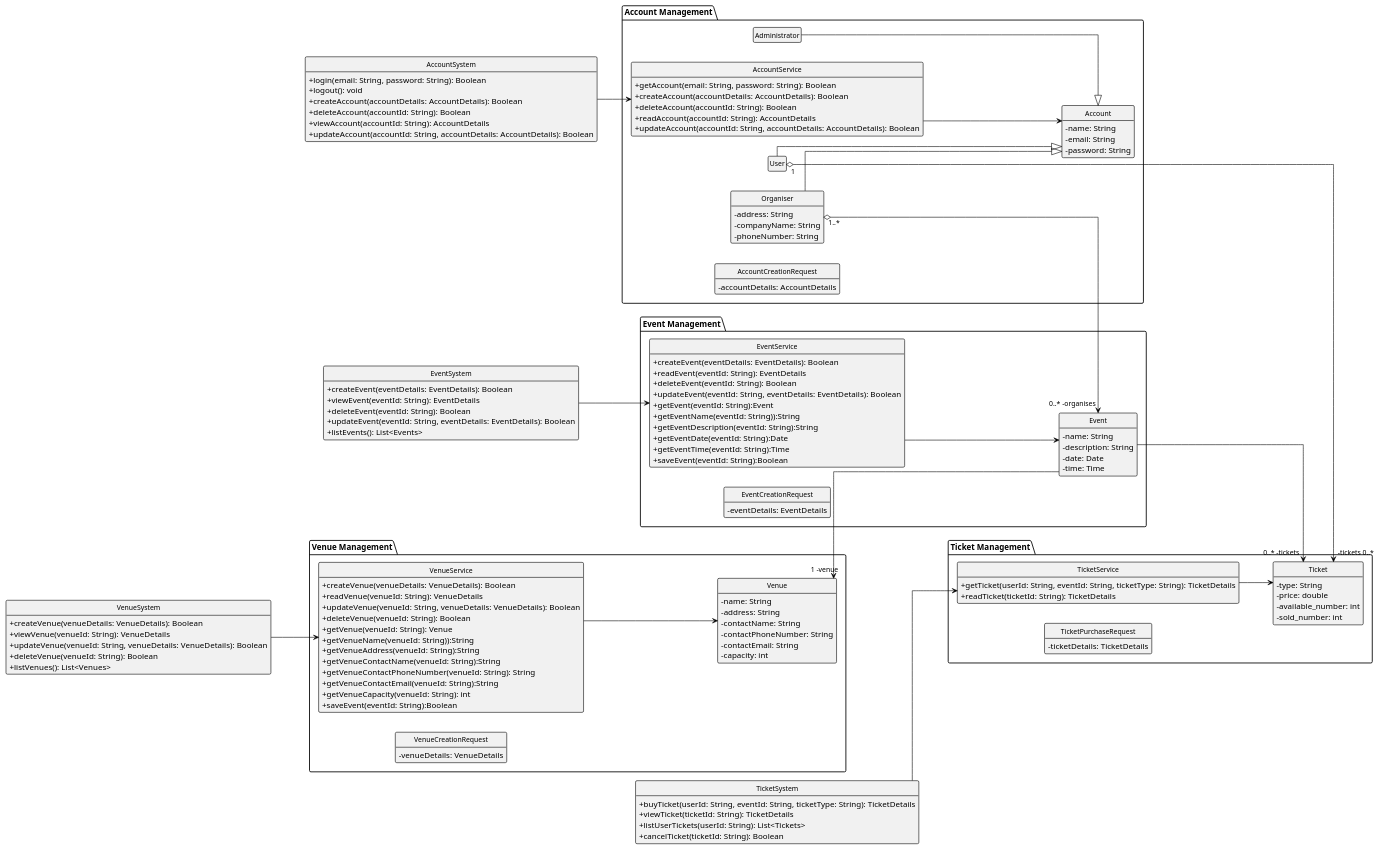
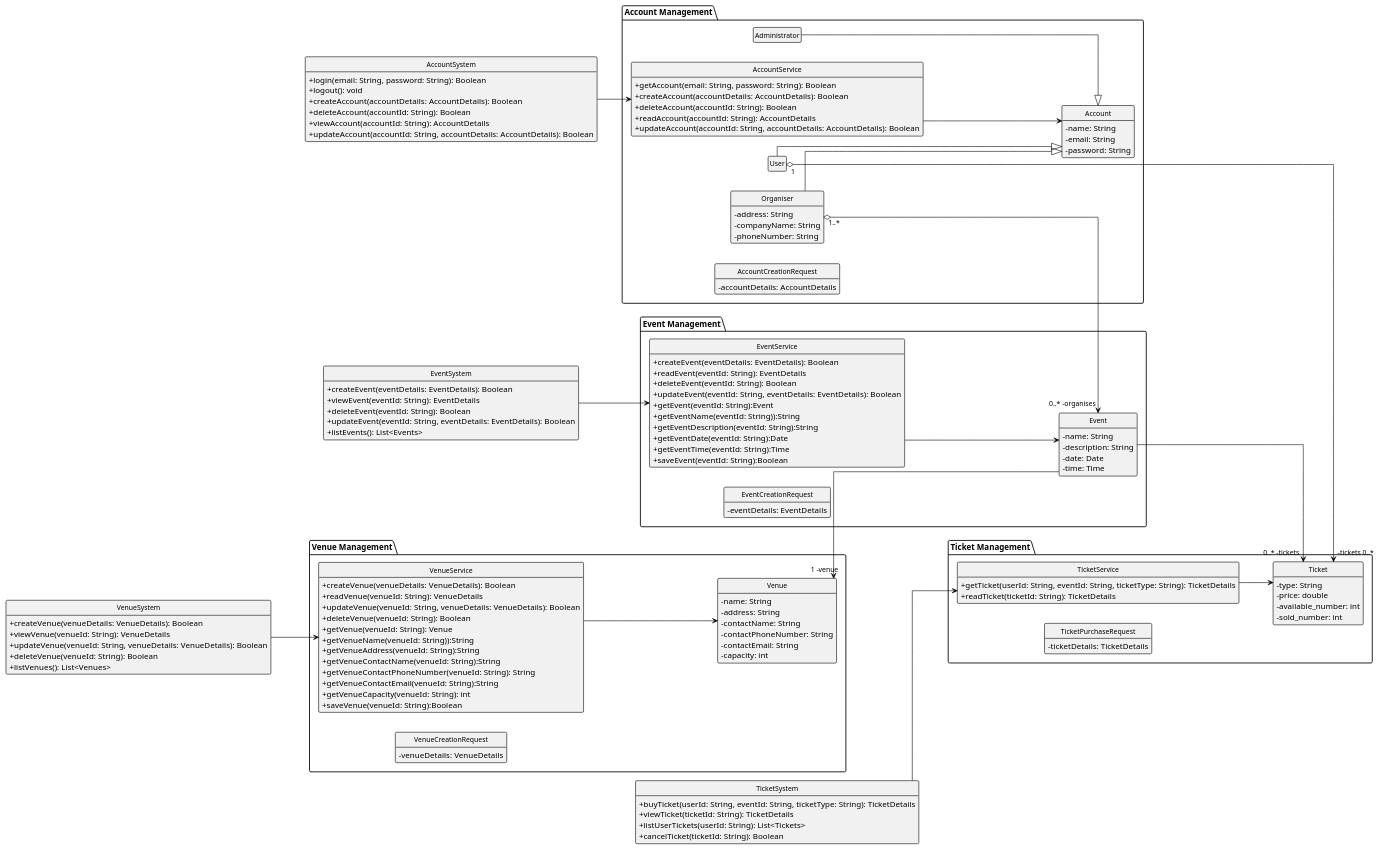
Before and after one commit to MolimoWang/EventManagementSystem: the diagram in 02-analysis/class-diagram/classDiagram.plantuml, drawn with PlantUML. The commit also changed 11 other files, not shown here.

Commit message:
modified some diagrams

```diff
--- a/02-analysis/class-diagram/classDiagram.plantuml
+++ b/02-analysis/class-diagram/classDiagram.plantuml
@@ -1,189 +1,189 @@
 @startuml
 left to right direction
 skinparam monochrome true
 skinparam backgroundColor white
 skinparam shadowing false
 skinparam linetype ortho
 skinparam lineThickness 3   ' Thickness of line
 skinparam noteMargin 30     ' Margins for comments
 skinparam ranksep 100        ' Control vertical spacing
 skinparam nodesep 200        ' Control horizontal spacing
 skinparam classFontSize 12
 skinparam ArrowFontSize 12
 skinparam classBorderThickness 1
 skinparam classAttributeIconSize 0
 
 hide class circle
 hide empty members
 hide stereotypes
 
 skinparam class {
     BorderColor black
     ArrowColor black
     FontColor black
     FontName Arial
     FontSize 12
 }
 
 ' Account Management Group
 package "Account Management" {
     class Account {
         - name: String
         - email: String
         - password: String
     }
     class Administrator {
     }
     class Organiser {
         - address: String
         - companyName: String
         - phoneNumber: String
     }
     class User {
     }
 
     class AccountService {
         +getAccount(email: String, password: String): Boolean
         +createAccount(accountDetails: AccountDetails): Boolean
         +deleteAccount(accountId: String): Boolean
         +readAccount(accountId: String): AccountDetails
         +updateAccount(accountId: String, accountDetails: AccountDetails): Boolean
 
     }
 
     class AccountCreationRequest {
         - accountDetails: AccountDetails
     }
 
     Administrator --|> Account
     Organiser --|> Account
     User --|> Account
     AccountService --> Account
 }
 
 ' Venue Management Group
 package "Venue Management" {
     class Venue {
         - name: String
         - address: String
         - contactName: String
         - contactPhoneNumber: String
         - contactEmail: String
         - capacity: int
     }
 
     class VenueService {
         +createVenue(venueDetails: VenueDetails): Boolean
         +readVenue(venueId: String): VenueDetails
         +updateVenue(venueId: String, venueDetails: VenueDetails): Boolean
         +deleteVenue(venueId: String): Boolean
         +getVenue(venueId: String): Venue
         +getVenueName(venueId: String)):String
         +getVenueAddress(venueId: String):String
         +getVenueContactName(venueId: String):String
         +getVenueContactPhoneNumber(venueId: String): String
         +getVenueContactEmail(venueId: String):String
         +getVenueCapacity(venueId: String): int
-        +saveEvent(eventId: String):Boolean
+        +saveVenue(venueId: String):Boolean
     }
 
     class VenueCreationRequest {
         - venueDetails: VenueDetails
     }
 
     VenueService --> Venue
 }
 
 ' Event Management Group
 package "Event Management" {
     class Event {
         - name: String
         - description: String
         - date: Date
         - time: Time
     }
 
     class EventService {
         +createEvent(eventDetails: EventDetails): Boolean
         +readEvent(eventId: String): EventDetails
         +deleteEvent(eventId: String): Boolean
         +updateEvent(eventId: String, eventDetails: EventDetails): Boolean
         +getEvent(eventId: String):Event
         +getEventName(eventId: String)):String
         +getEventDescription(eventId: String):String
         +getEventDate(eventId: String):Date
         +getEventTime(eventId: String):Time
         +saveEvent(eventId: String):Boolean
     }
 
     class EventCreationRequest {
         - eventDetails: EventDetails
     }
 
     Venue "1 -venue" <-- Event
     EventService --> Event
 }
 
 ' Ticket Management Group
 package "Ticket Management" {
     class Ticket {
         - type: String
         - price: double
         - available_number: int
         - sold_number: int
     }
 
     class TicketService {
         +getTicket(userId: String, eventId: String, ticketType: String): TicketDetails
         +readTicket(ticketId: String): TicketDetails
     }
 
     class TicketPurchaseRequest {
         - ticketDetails: TicketDetails
     }
 
     Event --> "0..* -tickets" Ticket
     TicketService --> Ticket
 }
 
 ' System classes for each module
 class AccountSystem {
     +login(email: String, password: String): Boolean
     +logout(): void
     +createAccount(accountDetails: AccountDetails): Boolean
     +deleteAccount(accountId: String): Boolean
     +viewAccount(accountId: String): AccountDetails
     +updateAccount(accountId: String, accountDetails: AccountDetails): Boolean
 }
 AccountSystem --> AccountService
 
 class VenueSystem {
     +createVenue(venueDetails: VenueDetails): Boolean
     +viewVenue(venueId: String): VenueDetails
     +updateVenue(venueId: String, venueDetails: VenueDetails): Boolean
     +deleteVenue(venueId: String): Boolean
     +listVenues(): List<Venues>
 }
 VenueSystem --> VenueService
 
 class EventSystem {
     +createEvent(eventDetails: EventDetails): Boolean
     +viewEvent(eventId: String): EventDetails
     +deleteEvent(eventId: String): Boolean
     +updateEvent(eventId: String, eventDetails: EventDetails): Boolean
     +listEvents(): List<Events>
 }
 EventSystem --> EventService
 
 class TicketSystem {
     +buyTicket(userId: String, eventId: String, ticketType: String): TicketDetails
     +viewTicket(ticketId: String): TicketDetails
     +listUserTickets(userId: String): List<Tickets>
     +cancelTicket(ticketId: String): Boolean
 }
 TicketSystem --> TicketService
 
 Organiser "1..*" o--> "0..* -organises" Event
 User "1" o--> "-tickets 0..*" Ticket
 
 @enduml
```
